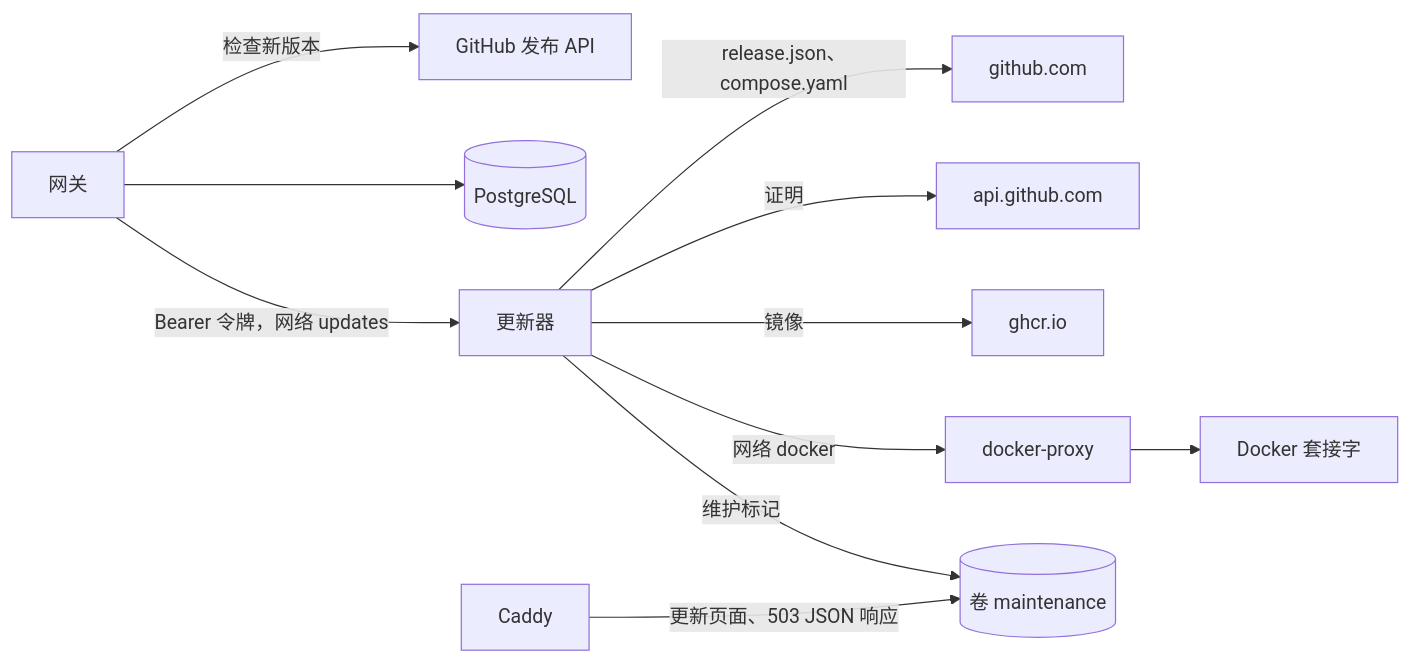
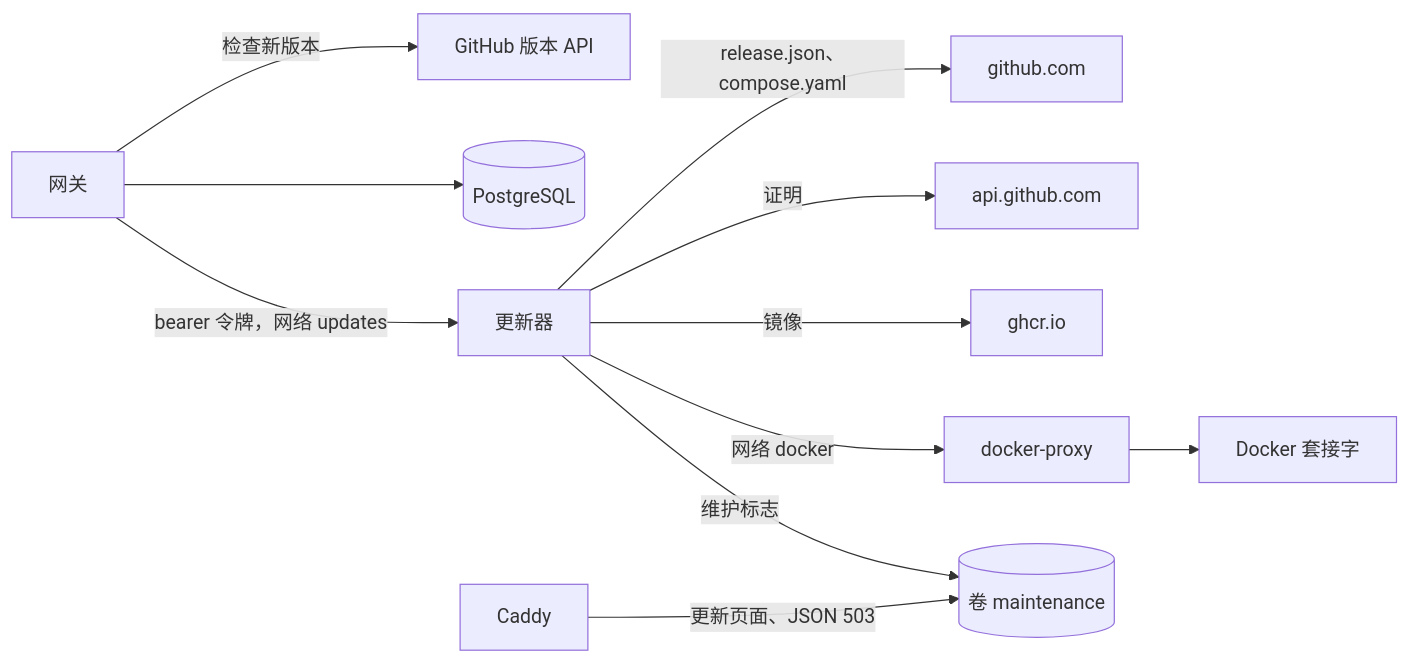
Before and after one commit to logicplanes/kaeso: the diagram in apps/docs/content/zh-CN/development/architecture/updates.md, drawn with Mermaid. The commit also changed other lines of this file and 24 other files, not shown here.

````diff
--- a/apps/docs/content/zh-CN/development/architecture/updates.md
+++ b/apps/docs/content/zh-CN/development/architecture/updates.md
@@ -7,15 +9,15 @@
 ```mermaid
 flowchart LR
-  accTitle: 安装如何得知新版本并更新
-  accDescr: 网关查询 GitHub 的发布 API，把状态保存在 PostgreSQL 中，并通过内部网络 updates 携带 Bearer 令牌请求更新器。更新器从 github.com 获取 release.json 和 compose.yaml，从 api.github.com 获取证明，从 ghcr.io 获取镜像，只通过内部网络 docker 上的 docker-proxy 访问 Docker，并写入维护标记，Caddy 据此提供更新页面和 503 JSON 响应。
-  gateway[网关] -- 检查新版本 --> releases[GitHub 发布 API]
+  accTitle: 实例如何得知新版本并完成更新
+  accDescr: 网关查询 GitHub 的版本 API，把状态保存在 PostgreSQL 中，并通过内部网络 updates 用 bearer 令牌请求更新器。更新器从 github.com 获取 release.json 和 compose.yaml，从 api.github.com 获取证明，从 ghcr.io 获取镜像，只通过内部网络 docker 上的 docker-proxy 访问 Docker，并写入维护标志，Caddy 读取该标志来提供更新页面和 JSON 503。
+  gateway[网关] -- 检查新版本 --> releases[GitHub 版本 API]
   gateway --> postgres[(PostgreSQL)]
-  gateway -- Bearer 令牌，网络 updates --> updater[更新器]
+  gateway -- bearer 令牌，网络 updates --> updater[更新器]
   updater -- release.json、compose.yaml --> github[github.com]
   updater -- 证明 --> api[api.github.com]
   updater -- 镜像 --> ghcr[ghcr.io]
   updater -- 网络 docker --> proxy[docker-proxy]
   proxy --> socket[Docker 套接字]
-  updater -- 维护标记 --> maintenance[(卷 maintenance)]
-  caddy[Caddy] -- 更新页面、503 JSON 响应 --> maintenance
+  updater -- 维护标志 --> maintenance[(卷 maintenance)]
+  caddy[Caddy] -- 更新页面、JSON 503 --> maintenance
 ```
````
